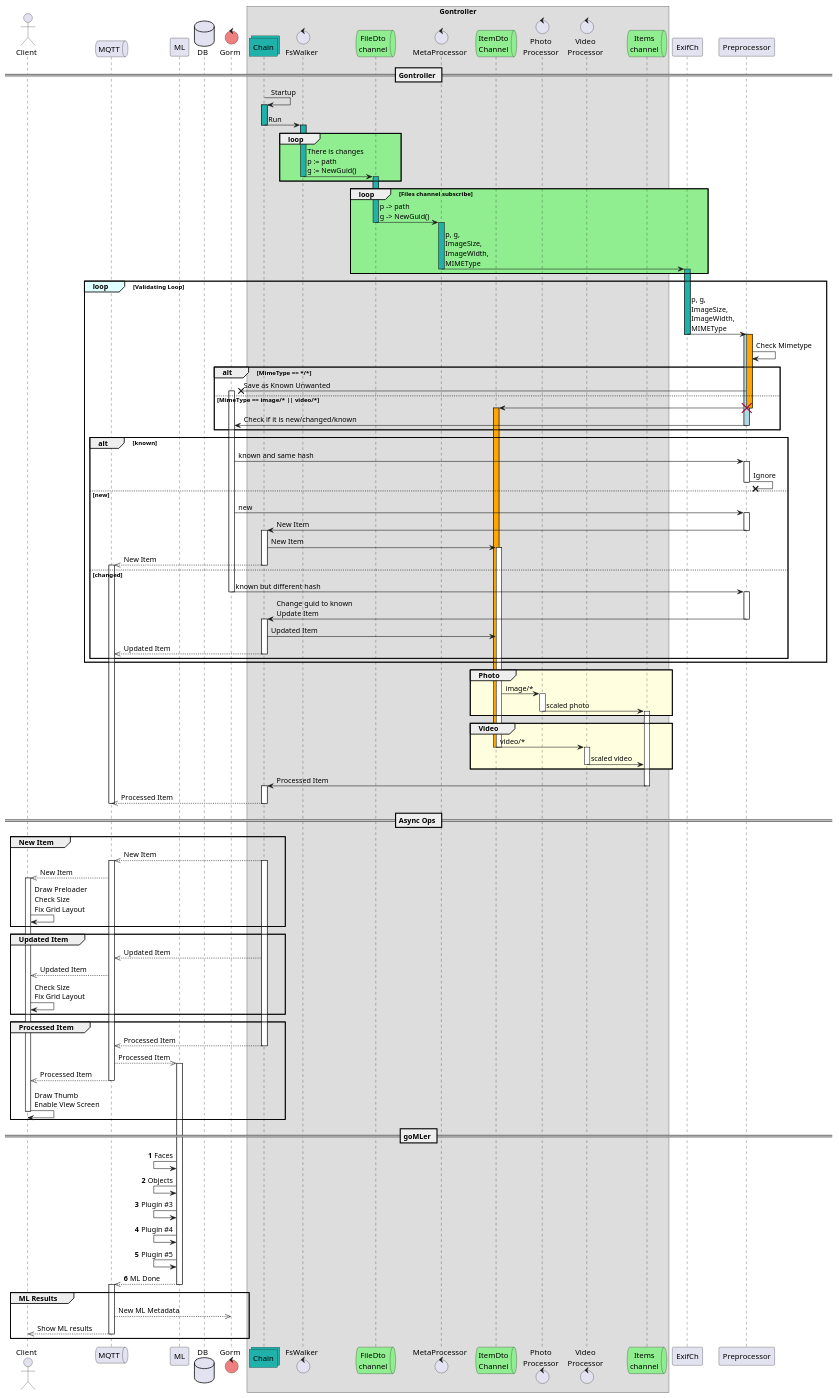
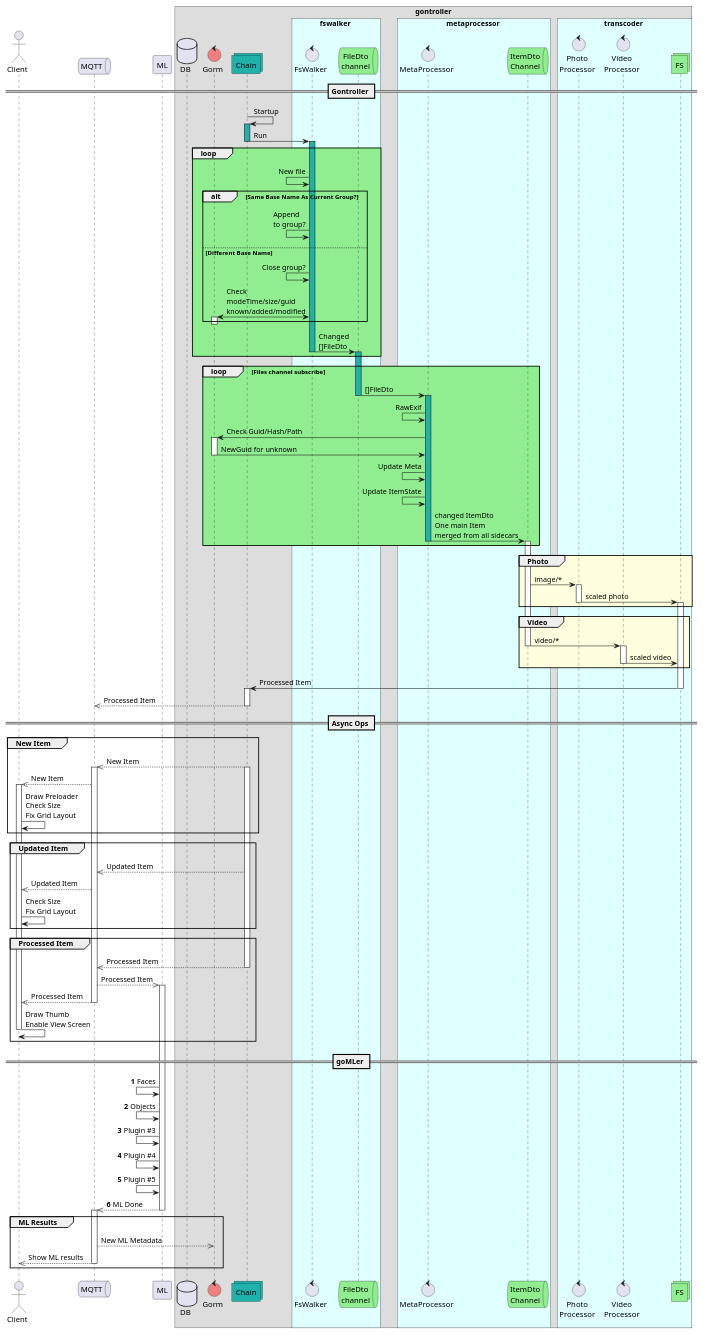
The diagram in _sb/Item flow.puml (eggs-gd/Perceptrail), drawn with PlantUML before and after one commit.

Commit message:
Update diagram

```diff
--- a/_sb/Item flow.puml
+++ b/_sb/Item flow.puml
@@ -1,172 +1,143 @@
 @startuml Item Flow
 
+!pragma teoz true
 actor "Client" as Client
 queue "MQTT" as MQTT
 participant "ML" as ML
+
+box gontroller
 database "DB" as DB
 control "Gorm" as Gorm #LightCoral
 
-box "Gontroller"
 collections "Chain" as Chain #LightSeaGreen
 
+box fswalker #LightCyan
 control "FsWalker" as Watcher
 queue "FileDto\nchannel" as FilesCh #LightGreen
+end box
 
+box metaprocessor #LightCyan
 control "MetaProcessor" as EXIF
+queue "ItemDto\nChannel" as InfoCh #LightGreen
+end box
 
-queue "ItemDto\nChannel" as InfoCh #LightGreen
-
+box transcoder #LightCyan
 control "Photo\nProcessor" as PhotoProcessor
 control "Video\nProcessor" as VideoProcessor
-queue "Items\nchannel" as ItemsCh #LightGreen
+collections "FS" as ItemsCh #LightGreen
+end box
+
 end box
 
 == Gontroller ==
 Chain -> Chain: Startup
 activate Chain #LightSeaGreen
 Chain -> Watcher: Run
 deactivate Chain
 
 activate Watcher #LightSeaGreen
 loop #LightGreen
-    Watcher -> FilesCh: There is changes\np := path\ng := NewGuid()
+    Watcher <- Watcher: New file
+    alt Same Base Name As Current Group?
+    Watcher <- Watcher: Append\nto group?
+    else Different Base Name
+    Watcher <- Watcher: Close group?
+    Watcher <-> Gorm: Check\nmodeTime/size/guid\nknown/added/modified
+    activate Gorm
+    deactivate Gorm
+    end
+    Watcher -> FilesCh: Changed\n[]FileDto
     deactivate Watcher
     activate FilesCh #LightSeaGreen
     
 end
 
 loop #LightGreen Files channel subscribe 
-    FilesCh -> EXIF: p -> path\ng -> NewGuid()
+    FilesCh -> EXIF: []FileDto
     deactivate FilesCh #LightSeaGreen
     activate EXIF #LightSeaGreen
-    EXIF -> ExifCh: p, g,\nImageSize,\nImageWidth,\nMIMEType
+    EXIF <- EXIF: RawExif
+    EXIF -> Gorm: Check Guid/Hash/Path
+    activate Gorm
+    Gorm -> EXIF: NewGuid for unknown
+    deactivate Gorm
+    EXIF <- EXIF: Update Meta
+    EXIF <- EXIF: Update ItemState
+    EXIF -> InfoCh: changed ItemDto\nOne main Item\nmerged from all sidecars
     deactivate EXIF
-    activate ExifCh #LightSeaGreen
-end
-
-loop#LightCyan Validating Loop
-    ExifCh -> Preprocessor: p, g,\nImageSize,\nImageWidth,\nMIMEType
-    deactivate ExifCh
-    activate Preprocessor #LightBlue
-    activate Preprocessor #Orange
-    
-    Preprocessor -> Preprocessor: Check Mimetype
-    
-    alt MimeType == */*
-        Preprocessor ->x Gorm: Save as Known Unwanted
-        activate Gorm
-
-        
-    else MimeType == image/* || video/*
-        Preprocessor -> InfoCh: 
-        destroy Preprocessor
-        activate InfoCh #Orange
-        Preprocessor -> Gorm: Check if it is new/changed/known
-        deactivate Preprocessor
-    end
-
-    alt known
-        Gorm -> Preprocessor: known and same hash
-        activate Preprocessor
-        Preprocessor ->x Preprocessor: Ignore
-        deactivate Preprocessor
-
-    else new
-        Gorm -> Preprocessor: new
-        activate Preprocessor
-        Preprocessor -> Chain: New Item
-        deactivate Preprocessor
-        activate Chain
-        Chain -> InfoCh: New Item
-        activate InfoCh
-        Chain -->> MQTT: New Item
-        deactivate Chain
-        activate MQTT
-
-    else changed
-        Gorm -> Preprocessor: known but different hash
-        deactivate Gorm
-        activate Preprocessor
-        Preprocessor -> Chain: Change guid to known\nUpdate Item
-        deactivate Preprocessor
-        activate Chain
-        Chain -> InfoCh: Updated Item
-        Chain -->> MQTT: Updated Item
-        deactivate Chain
-
-    end
+    activate InfoCh
 end
 
 group #LightYellow Photo
     InfoCh -> PhotoProcessor: image/*
     activate PhotoProcessor
     PhotoProcessor -> ItemsCh: scaled photo
     deactivate PhotoProcessor
     activate ItemsCh
 end
 group #LightYellow Video
     InfoCh -> VideoProcessor: video/*
     deactivate InfoCh
     deactivate InfoCh
     activate VideoProcessor
     VideoProcessor -> ItemsCh: scaled video
     deactivate VideoProcessor
 end
 
 ItemsCh -> Chain: Processed Item
 deactivate ItemsCh
 activate Chain
 Chain -->> MQTT: Processed Item
 deactivate Chain
 deactivate MQTT
 
 
 == Async Ops ==
 group New Item
     Chain -->> MQTT: New Item
     activate MQTT
     activate Chain
     MQTT -->> Client: New Item
     activate Client
     Client -> Client: Draw Preloader\nCheck Size\nFix Grid Layout
 end
 
 group Updated Item
     Chain -->> MQTT: Updated Item
     MQTT -->> Client: Updated Item
     Client -> Client: Check Size\nFix Grid Layout
 end
 
 group Processed Item
     Chain -->> MQTT: Processed Item
     deactivate Chain
     MQTT -->> ML: Processed Item
     activate ML
 
     MQTT -->> Client: Processed Item
     deactivate MQTT
     Client -> Client: Draw Thumb\nEnable View Screen
     deactivate Client
 end
 
 
 == goMLer ==
 autonumber
 ML <- ML: Faces
 ML <- ML: Objects
 ML <- ML: Plugin #3
 ML <- ML: Plugin #4
 ML <- ML: Plugin #5
 ML -->> MQTT: ML Done
 deactivate ML
 activate MQTT
 autonumber stop
 
 group ML Results
 MQTT -->> Gorm: New ML Metadata
 MQTT -->> Client: Show ML results
 deactivate MQTT
 
 end
 
 @enduml
```
